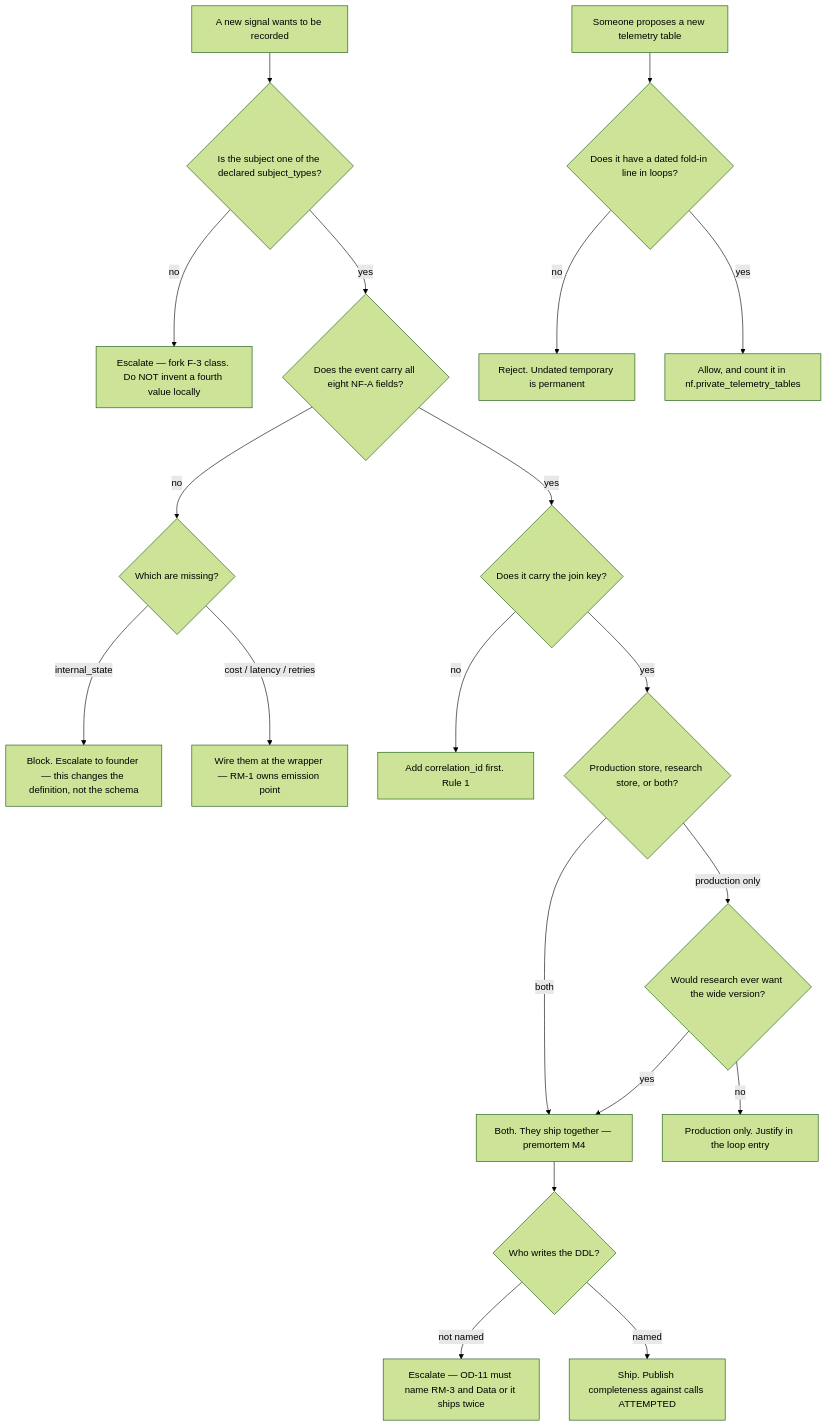
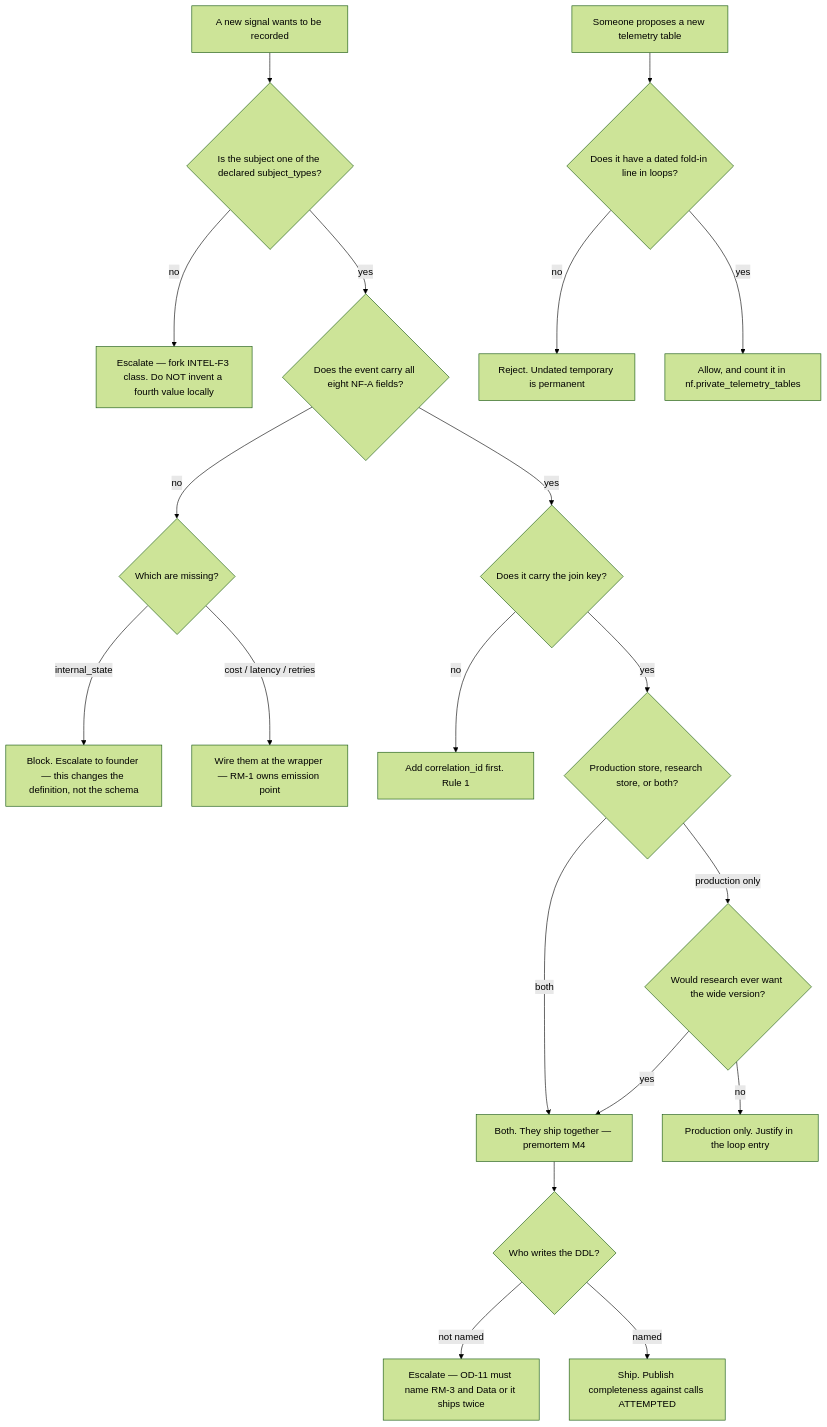
One commit to aldemirkonuk/RestaurantAIAutomation changed the diagram in .planning/01-org/research-math/teams/neural-footprint-instrumentation/neural-footprint-instrumentation-directive.md. Above: the diagram before and after it, drawn with Mermaid (forest theme). The commit also changed other lines of this file and 349 other files, not shown here.

````diff
--- a/.planning/01-org/research-math/teams/neural-footprint-instrumentation/neural-footprint-instrumentation-directive.md
+++ b/.planning/01-org/research-math/teams/neural-footprint-instrumentation/neural-footprint-instrumentation-directive.md
@@ -36,23 +36,23 @@
 ```mermaid
 graph TD
   A[A new signal wants to be recorded] --> B{Is the subject one of the declared subject_types?}
-  B -->|no| C[Escalate — fork F-3 class. Do NOT invent a fourth value locally]
+  B -->|no| C[Escalate — fork INTEL-F3 class. Do NOT invent a fourth value locally]
   B -->|yes| D{Does the event carry all eight NF-A fields?}
   D -->|no| E{Which are missing?}
   E -->|internal_state| F[Block. Escalate to founder — this changes the definition, not the schema]
   E -->|cost / latency / retries| G[Wire them at the wrapper — RM-1 owns emission point]
   D -->|yes| H{Does it carry the join key?}
   H -->|no| I[Add correlation_id first. Rule 1]
   H -->|yes| J{Production store, research store, or both?}
   J -->|production only| K{Would research ever want the wide version?}
   K -->|yes| L[Both. They ship together — premortem M4]
   K -->|no| M[Production only. Justify in the loop entry]
   J -->|both| L
   L --> N{Who writes the DDL?}
   N -->|not named| O[Escalate — OD-11 must name RM-3 and Data or it ships twice]
   N -->|named| P[Ship. Publish completeness against calls ATTEMPTED]
 
   Q[Someone proposes a new telemetry table] --> R{Does it have a dated fold-in line in loops?}
   R -->|no| S[Reject. Undated temporary is permanent]
   R -->|yes| T[Allow, and count it in nf.private_telemetry_tables]
 ```
````
